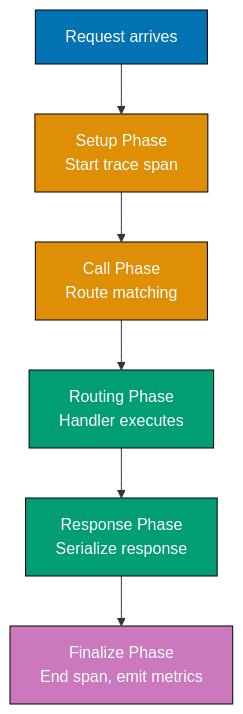
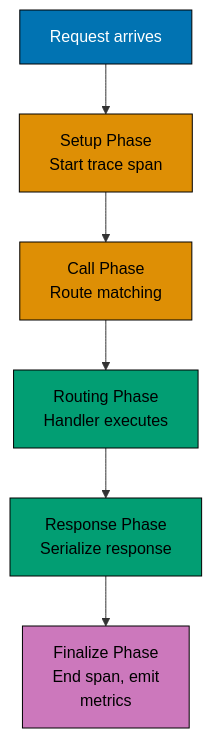
The first of 2 diagrams in apps/ayokoding-www/content/en/learn/legacy/software-engineering/platforms/web/tools/kotlin-ktor/by-example/advanced.md (wahidyankf/ose-public), drawn with Mermaid before and after one commit. The commit also changed other lines of this file and 130 other files, not shown here.

First line of the commit message:
fix(mermaid): bring the legacy platforms diagrams onto the accessible palette

````diff
--- a/apps/ayokoding-www/content/en/learn/legacy/software-engineering/platforms/web/tools/kotlin-ktor/by-example/advanced.md
+++ b/apps/ayokoding-www/content/en/learn/legacy/software-engineering/platforms/web/tools/kotlin-ktor/by-example/advanced.md
@@ -30,15 +30,22 @@
 ```mermaid
 graph TD
+  accTitle: Example 56: Advanced Plugin with Pipeline Phases
+  accDescr: Graph with 6 nodes and 5 connections. Nodes: Request arrives, Setup Phase Start trace span, Call Phase Route matching, Routing Phase Handler executes, Response Phase Serialize response, Finalize Phase End span, emit metrics. Connections: Request arrives to Setup Phase Start trace span, Setup Phase Start trace span to Call Phase Route matching, Call Phase Route matching to Routing Phase Handler executes, Routing Phase Handler executes to Response Phase Serialize response, Response Phase Serialize response to Finalize Phase End span, emit metrics.
   A["Request arrives"] --> B["Setup Phase<br/>Start trace span"]
   B --> C["Call Phase<br/>Route matching"]
   C --> D["Routing Phase<br/>Handler executes"]
   D --> E["Response Phase<br/>Serialize response"]
-  E --> F["Finalize Phase<br/>End span, emit metrics"]
+  E --> F["Finalize Phase<br/>End span, emit<br/>metrics"]
 
-  style A fill:#0173B2,stroke:#000,color:#fff
-  style B fill:#DE8F05,stroke:#000,color:#fff
-  style C fill:#DE8F05,stroke:#000,color:#fff
-  style D fill:#029E73,stroke:#000,color:#fff
-  style E fill:#029E73,stroke:#000,color:#fff
-  style F fill:#CC78BC,stroke:#000,color:#fff
+  classDef pal-0173B2 fill:#0173B2,stroke:#000000,color:#FFFFFF
+  class A pal-0173B2
+  classDef pal-DE8F05 fill:#DE8F05,stroke:#000000,color:#000000
+  class B pal-DE8F05
+  class C pal-DE8F05
+  classDef pal-029E73 fill:#029E73,stroke:#000000,color:#000000
+  class D pal-029E73
+  class E pal-029E73
+  classDef pal-CC78BC fill:#CC78BC,stroke:#000000,color:#000000
+  class F pal-CC78BC
+  classDef default fill:#FFFFFF,stroke:#000000,color:#000000
 ```
````
